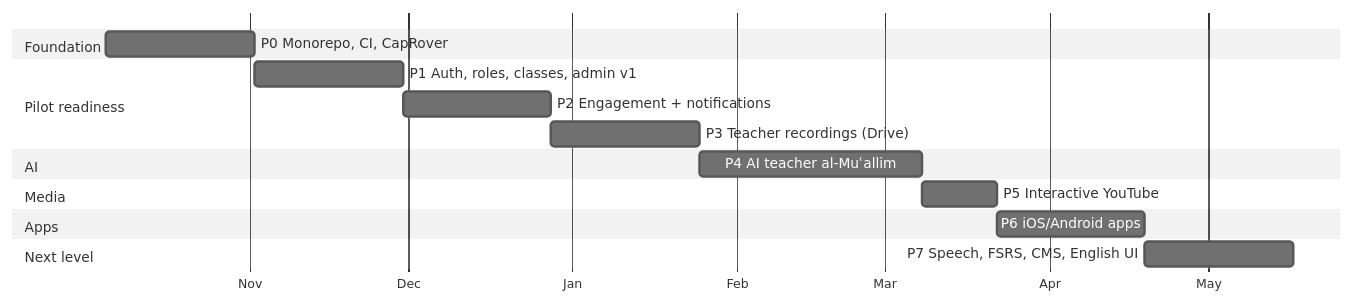
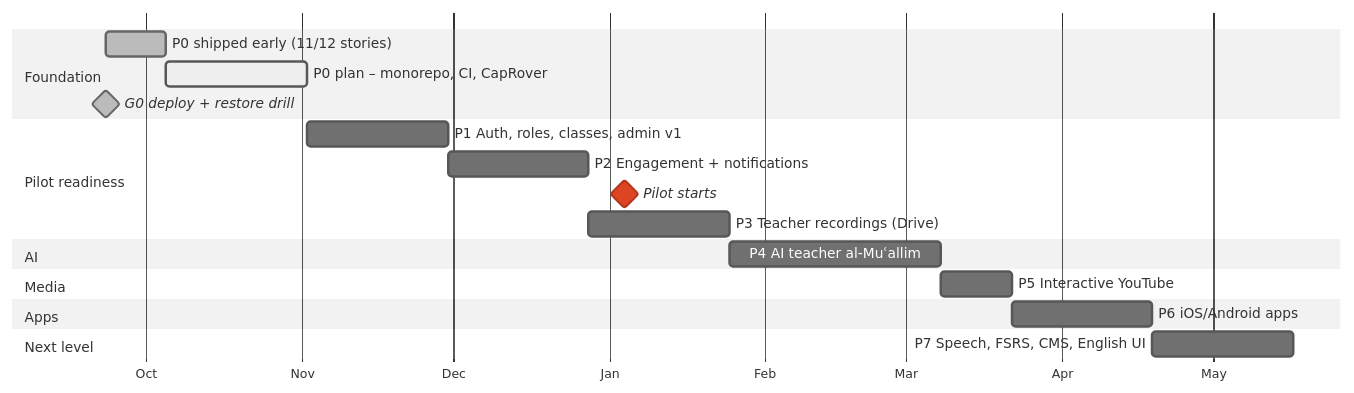
The second of 2 diagrams in docs/plan/roadmap.md (Sira-Labs/Suffa), drawn with Mermaid (neutral theme) before and after one commit. The commit also changed other lines of this file and 1 other file, not shown here.

First line of the commit message:
docs(plan): show P0 progress in roadmap and sprint plan charts

````diff
--- a/docs/plan/roadmap.md
+++ b/docs/plan/roadmap.md
@@ -18,19 +35,23 @@
 ```mermaid
 gantt
   dateFormat YYYY-MM-DD
   axisFormat %b
+  todayMarker on
   section Foundation
-  P0 Monorepo, CI, CapRover          :p0, 2026-10-05, 28d
+  P0 shipped early (11/12 stories)   :done, p0done, 2026-09-23, 12d
+  P0 plan – monorepo, CI, CapRover   :active, p0, 2026-10-05, 28d
+  G0 deploy + restore drill          :milestone, done, g0, 2026-09-23, 0d
   section Pilot readiness
   P1 Auth, roles, classes, admin v1  :p1, after p0, 28d
   P2 Engagement + notifications      :p2, after p1, 28d
+  Pilot starts                       :milestone, crit, pilot, 2027-01-04, 0d
   P3 Teacher recordings (Drive)      :p3, after p2, 28d
   section AI
   P4 AI teacher al-Muʿallim          :p4, after p3, 42d
   section Media
   P5 Interactive YouTube             :p5, after p4, 14d
   section Apps
   P6 iOS/Android apps                :p6, after p5, 28d
   section Next level
   P7 Speech, FSRS, CMS, English UI   :p7, after p6, 28d
 ```
````
